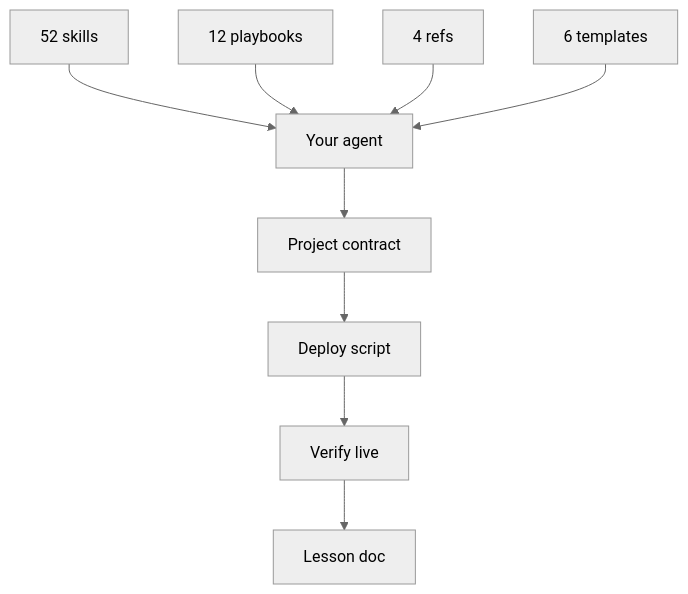
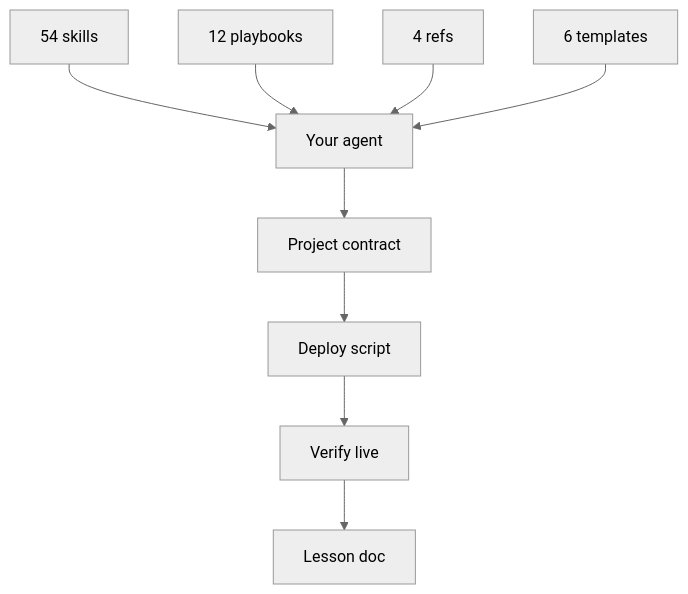
Before and after one commit to Nonarkara/dr-non-vibecoding-skills: the diagram in README.md, drawn with Mermaid (neutral theme). The commit also changed other lines of this file and 8 other files, not shown here.

````diff
--- a/README.md
+++ b/README.md
@@ -244,11 +246,11 @@
 ```mermaid
 flowchart TB
-  S["52 skills"] --> A["Your agent"]
+  S["54 skills"] --> A["Your agent"]
   P["12 playbooks"] --> A
   R["4 refs"] --> A
   T["6 templates"] --> A
   A --> W["Project contract"]
   W --> D["Deploy script"]
   D --> V["Verify live"]
   V --> L["Lesson doc"]
 ```
````
